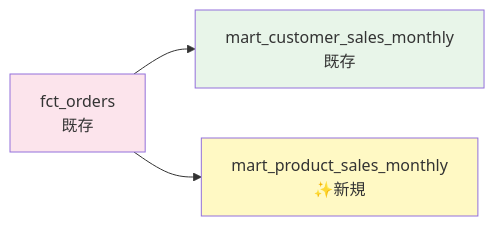
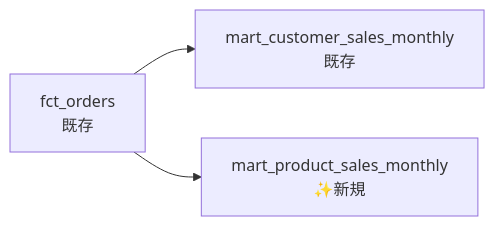
The fourth of 4 diagrams in content/Tech/dbt/tutorials/tutorial-02-dimensional.md (1210yuichi0/1210yuichi0.github.io), drawn with Mermaid before and after one commit. The commit also changed other lines of this file and 22 other files, not shown here.

First line of the commit message:
style: remove Mermaid style directives for dark mode compatibility

````diff
--- a/content/Tech/dbt/tutorials/tutorial-02-dimensional.md
+++ b/content/Tech/dbt/tutorials/tutorial-02-dimensional.md
@@ -548,9 +527,6 @@
 ```mermaid
 flowchart LR
     A[fct_orders<br/>既存] --> B[mart_customer_sales_monthly<br/>既存]
     A --> C[mart_product_sales_monthly<br/>✨新規]
 
-    style A fill:#fce4ec
-    style B fill:#e8f5e9
-    style C fill:#fff9c4
 ```
````
